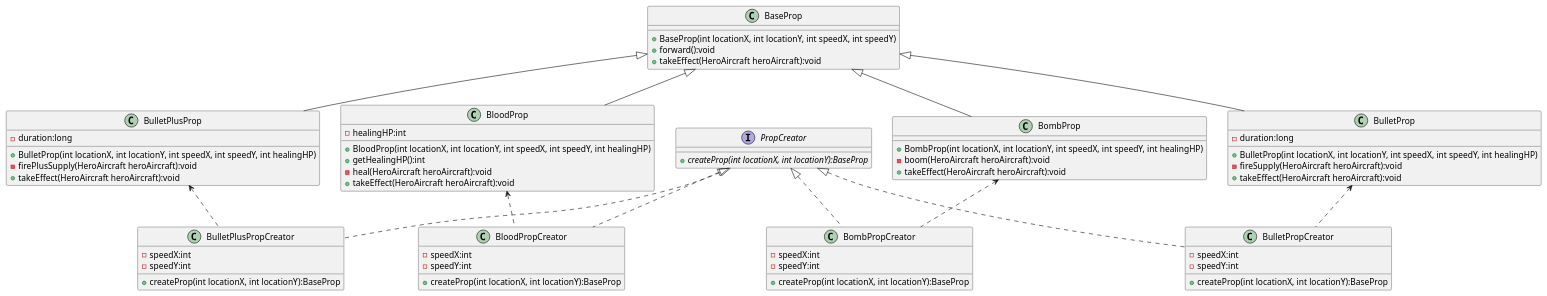
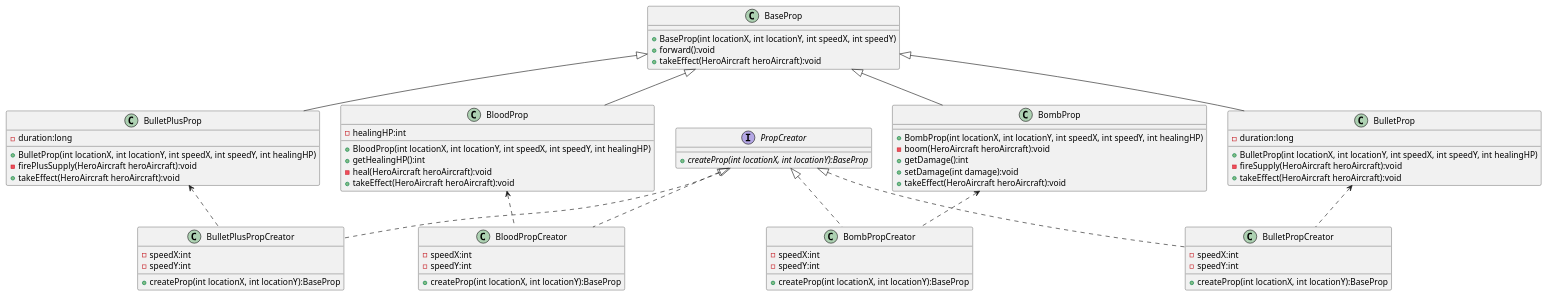
The diagram in uml/Exp2_PropFactories.puml (ErixisLWP/Aircraft), drawn with PlantUML before and after one commit. The commit also changed 30 other files, not shown here.

```diff
--- a/uml/Exp2_PropFactories.puml
+++ b/uml/Exp2_PropFactories.puml
@@ -1,83 +1,85 @@
 @startuml
 
 interface PropCreator{
     + {abstract} createProp(int locationX, int locationY):BaseProp
 }
 
 class BloodPropCreator{
     - speedX:int
     - speedY:int
     + createProp(int locationX, int locationY):BaseProp
 }
 
 class BombPropCreator{
     - speedX:int
     - speedY:int
     + createProp(int locationX, int locationY):BaseProp
 }
 
 class BulletPropCreator{
     - speedX:int
     - speedY:int
     + createProp(int locationX, int locationY):BaseProp
 }
 
 class BulletPlusPropCreator{
     - speedX:int
     - speedY:int
     + createProp(int locationX, int locationY):BaseProp
 }
 
 PropCreator <|.. BloodPropCreator
 PropCreator <|.. BombPropCreator
 PropCreator <|.. BulletPropCreator
 PropCreator <|.. BulletPlusPropCreator
 
 class BaseProp {
     + BaseProp(int locationX, int locationY, int speedX, int speedY)
     + forward():void
     + takeEffect(HeroAircraft heroAircraft):void
 }
 
 class BloodProp {
     - healingHP:int
     + BloodProp(int locationX, int locationY, int speedX, int speedY, int healingHP)
     + getHealingHP():int
     - heal(HeroAircraft heroAircraft):void
     + takeEffect(HeroAircraft heroAircraft):void
 }
 
 BloodProp <.. BloodPropCreator
 
 class BombProp {
     + BombProp(int locationX, int locationY, int speedX, int speedY, int healingHP)
     - boom(HeroAircraft heroAircraft):void
+    + getDamage():int
+    + setDamage(int damage):void
     + takeEffect(HeroAircraft heroAircraft):void
 }
 
 BombProp <.. BombPropCreator
 
 class BulletProp {
     - duration:long
     + BulletProp(int locationX, int locationY, int speedX, int speedY, int healingHP)
     - fireSupply(HeroAircraft heroAircraft):void
     + takeEffect(HeroAircraft heroAircraft):void
 }
 
 BulletProp <.. BulletPropCreator
 
 class BulletPlusProp {
     - duration:long
     + BulletProp(int locationX, int locationY, int speedX, int speedY, int healingHP)
     - firePlusSupply(HeroAircraft heroAircraft):void
     + takeEffect(HeroAircraft heroAircraft):void
 }
 
 BulletPlusProp <.. BulletPlusPropCreator
 
 BaseProp <|-- BloodProp
 BaseProp <|-- BombProp
 BaseProp <|-- BulletProp
 BaseProp <|-- BulletPlusProp
 
 @enduml
```
